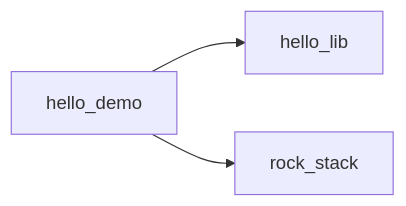
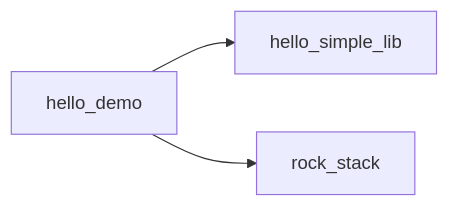
The diagram in test_projects/README.md (shelltdf/up), drawn with Mermaid before and after one commit. The commit also changed other lines of this file and 18 other files, not shown here.

````diff
--- a/test_projects/README.md
+++ b/test_projects/README.md
@@ -19,8 +17,8 @@
 ```mermaid
 flowchart LR
-  hello_lib["hello_lib"]
+  hello_simple_lib["hello_simple_lib"]
   hello_demo["hello_demo"]
   rock_stack["rock_stack"]
-  hello_demo --> hello_lib
+  hello_demo --> hello_simple_lib
   hello_demo --> rock_stack
 ```
````
